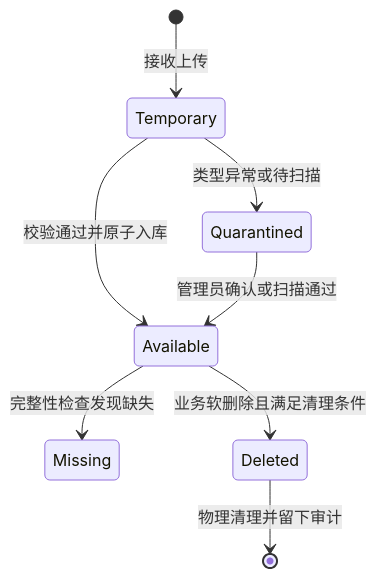
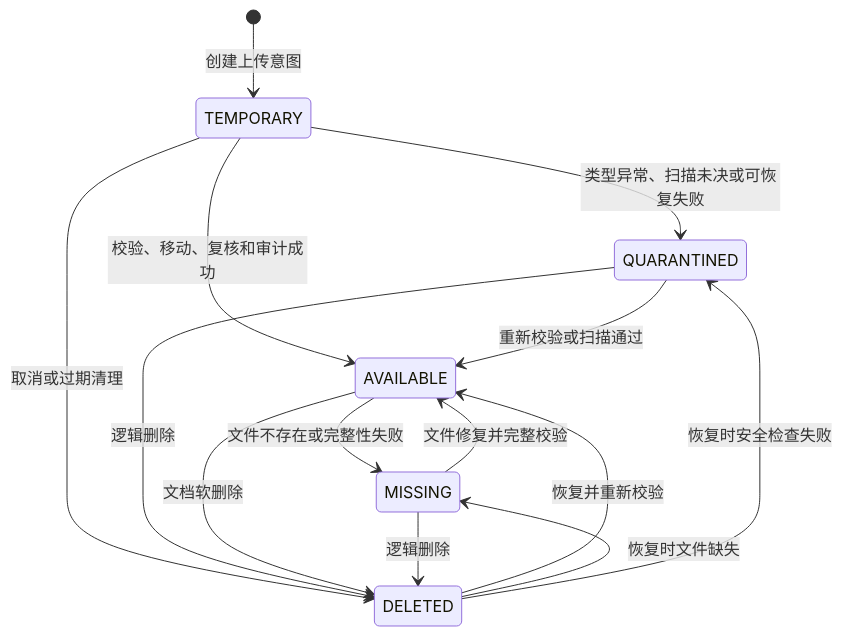
The second of 2 diagrams in docs/ARCHITECTURE.md (ACM-player/Document_filing_reimbursemment_system), drawn with Mermaid before and after one commit. The commit also changed other lines of this file and 4 other files, not shown here.

Commit message:
docs(files): freeze phase three architecture

````diff
--- a/docs/ARCHITECTURE.md
+++ b/docs/ARCHITECTURE.md
@@ -132,10 +132,16 @@
 ```mermaid
 stateDiagram-v2
-    [*] --> Temporary: 接收上传
-    Temporary --> Quarantined: 类型异常或待扫描
-    Temporary --> Available: 校验通过并原子入库
-    Quarantined --> Available: 管理员确认或扫描通过
-    Available --> Missing: 完整性检查发现缺失
-    Available --> Deleted: 业务软删除且满足清理条件
-    Deleted --> [*]: 物理清理并留下审计
+    [*] --> TEMPORARY: 创建上传意图
+    TEMPORARY --> QUARANTINED: 类型异常、扫描未决或可恢复失败
+    TEMPORARY --> AVAILABLE: 校验、移动、复核和审计成功
+    TEMPORARY --> DELETED: 取消或过期清理
+    QUARANTINED --> AVAILABLE: 重新校验或扫描通过
+    QUARANTINED --> DELETED: 逻辑删除
+    AVAILABLE --> MISSING: 文件不存在或完整性失败
+    AVAILABLE --> DELETED: 文档软删除
+    MISSING --> AVAILABLE: 文件修复并完整校验
+    MISSING --> DELETED: 逻辑删除
+    DELETED --> AVAILABLE: 恢复并重新校验
+    DELETED --> MISSING: 恢复时文件缺失
+    DELETED --> QUARANTINED: 恢复时安全检查失败
 ```
````
